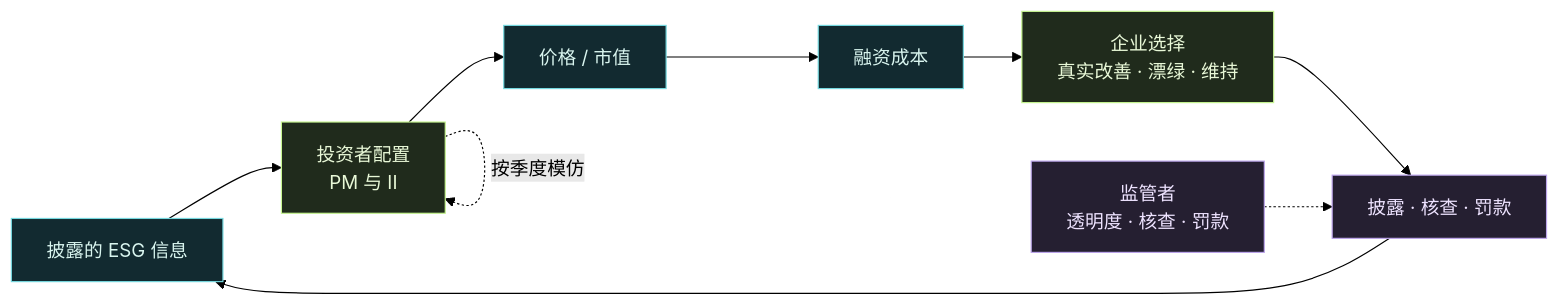
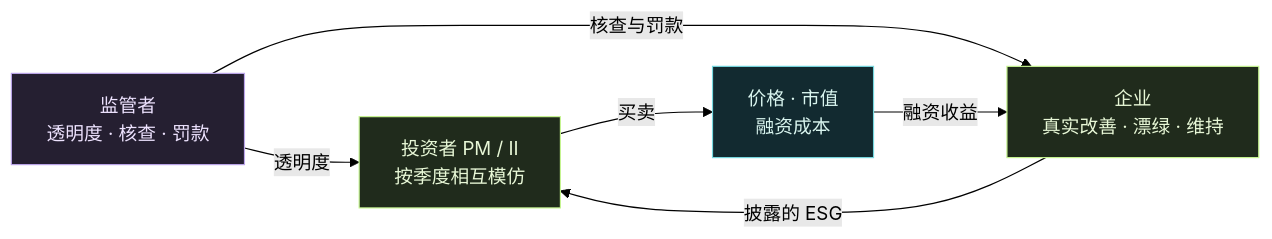
The diagram in README.md (HarshRajSinghania/financial-ABM), drawn with Mermaid (forest theme) before and after one commit.

Commit message:
docs: make the README agent loop diagram compact and readable

````diff
--- a/README.md
+++ b/README.md
@@ -44,17 +44,14 @@
 ```mermaid
 flowchart LR
-    A[披露的 ESG 信息] --> B[投资者配置<br/>PM 与 II]
-    B --> C[价格 / 市值]
-    C --> D[融资成本]
-    D --> E[企业选择<br/>真实改善 · 漂绿 · 维持]
-    E --> F[披露 · 核查 · 罚款]
-    F --> A
-    G[监管者<br/>透明度 · 核查 · 罚款] -.-> F
-    B -. 按季度模仿 .-> B
+    INV["投资者 PM / II<br/>按季度相互模仿"] -->|买卖| MKT["价格 · 市值<br/>融资成本"]
+    MKT -->|融资收益| FIRM["企业<br/>真实改善 · 漂绿 · 维持"]
+    FIRM -->|披露的 ESG| INV
+    REG["监管者<br/>透明度 · 核查 · 罚款"] -->|核查与罚款| FIRM
+    REG -->|透明度| INV
     classDef info fill:#122a30,stroke:#75d8df,color:#d9f5ef
     classDef agent fill:#202b1c,stroke:#c6f590,color:#e8f8d7
     classDef policy fill:#251f31,stroke:#bca5eb,color:#eee3ff
-    class A,C,D info
-    class B,E agent
-    class F,G policy
+    class MKT info
+    class INV,FIRM agent
+    class REG policy
 ```
````
